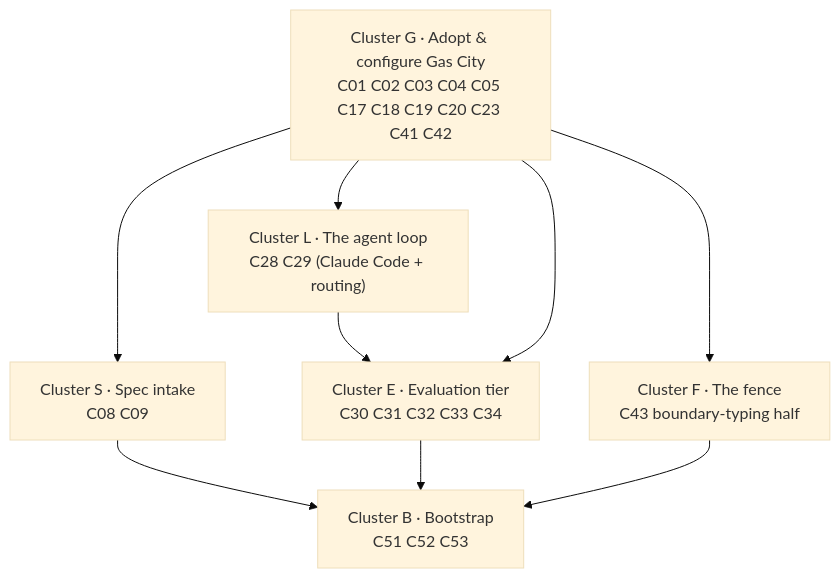
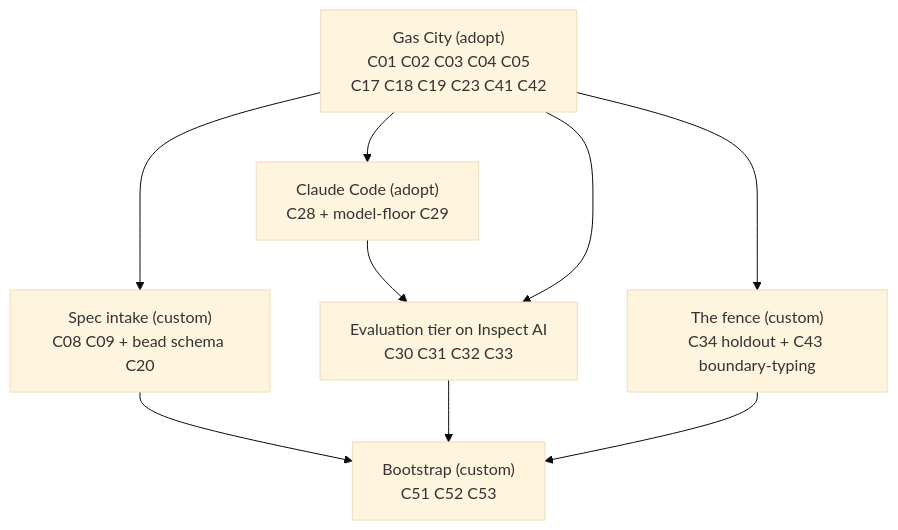
One commit to lago-morph/software-factory changed the first of 3 diagrams in architectures/v4/implementation-dependencies.md. Above: the diagram before and after it, drawn with Mermaid (base theme). The commit also changed other lines of this file, not shown here.

````diff
--- a/architectures/v4/implementation-dependencies.md
+++ b/architectures/v4/implementation-dependencies.md
@@ -23,13 +26,13 @@
 ```mermaid
 flowchart TD
-  G["Cluster G · Adopt & configure Gas City<br/>C01 C02 C03 C04 C05 C17 C18 C19 C20 C23 C41 C42"]
-  L["Cluster L · The agent loop<br/>C28 C29 (Claude Code + routing)"]
-  S["Cluster S · Spec intake<br/>C08 C09"]
-  E["Cluster E · Evaluation tier<br/>C30 C31 C32 C33 C34"]
-  F["Cluster F · The fence<br/>C43 boundary-typing half"]
-  B["Cluster B · Bootstrap<br/>C51 C52 C53"]
-  G --> L --> E
+  G["Gas City (adopt)<br/>C01 C02 C03 C04 C05<br/>C17 C18 C19 C23 C41 C42"]
+  CC["Claude Code (adopt)<br/>C28 + model-floor C29"]
+  S["Spec intake (custom)<br/>C08 C09 + bead schema C20"]
+  E["Evaluation tier on Inspect AI<br/>C30 C31 C32 C33"]
+  F["The fence (custom)<br/>C34 holdout + C43 boundary-typing"]
+  B["Bootstrap (custom)<br/>C51 C52 C53"]
+  G --> CC --> E
   G --> S --> B
   G --> E --> B
   G --> F --> B
 ```
````
